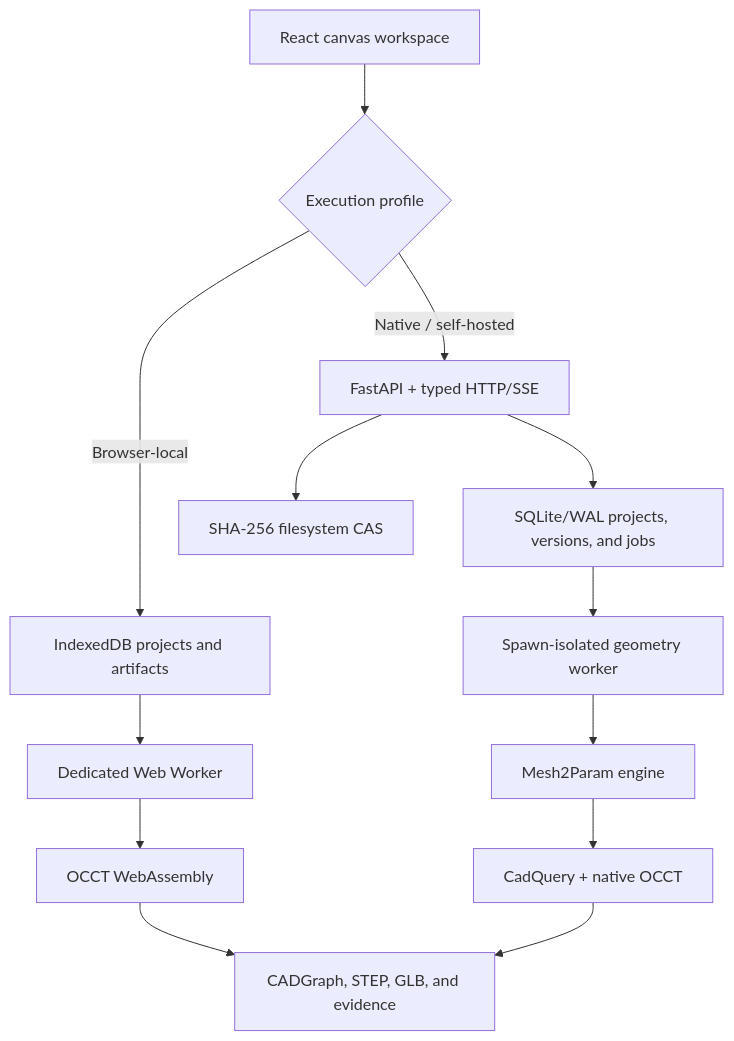
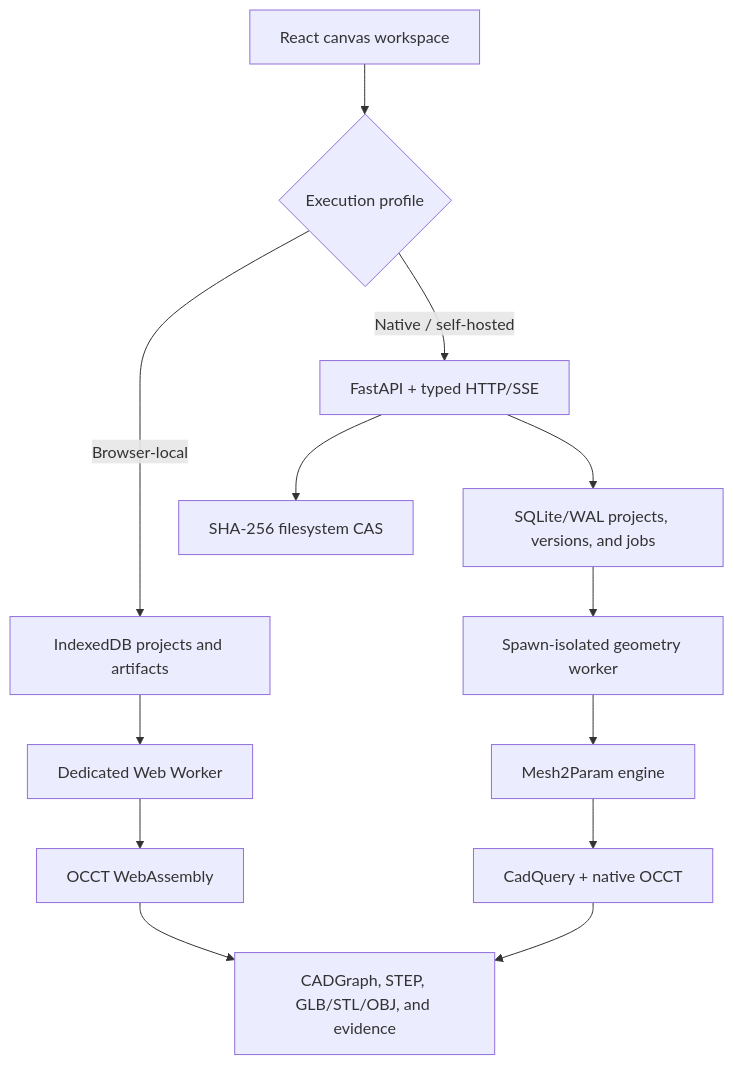
One commit to esaueng/Mesh2Param changed the diagram in README.md. Above: the diagram before and after it, drawn with Mermaid. The commit also changed other lines of this file and 121 other files, not shown here.

````diff
--- a/README.md
+++ b/README.md
@@ -73,15 +74,15 @@
 ```mermaid
 flowchart TD
   UI["React canvas workspace"] --> MODE{"Execution profile"}
   MODE -->|"Browser-local"| IDB["IndexedDB projects and artifacts"]
   IDB --> BW["Dedicated Web Worker"]
   BW --> WASM["OCCT WebAssembly"]
   MODE -->|"Native / self-hosted"| API["FastAPI + typed HTTP/SSE"]
   API --> DB["SQLite/WAL projects, versions, and jobs"]
   API --> CAS["SHA-256 filesystem CAS"]
   DB --> GW["Spawn-isolated geometry worker"]
   GW --> ENG["Mesh2Param engine"]
   ENG --> OCCT["CadQuery + native OCCT"]
-  WASM --> OUT["CADGraph, STEP, GLB, and evidence"]
+  WASM --> OUT["CADGraph, STEP, GLB/STL/OBJ, and evidence"]
   OCCT --> OUT
 ```
````
